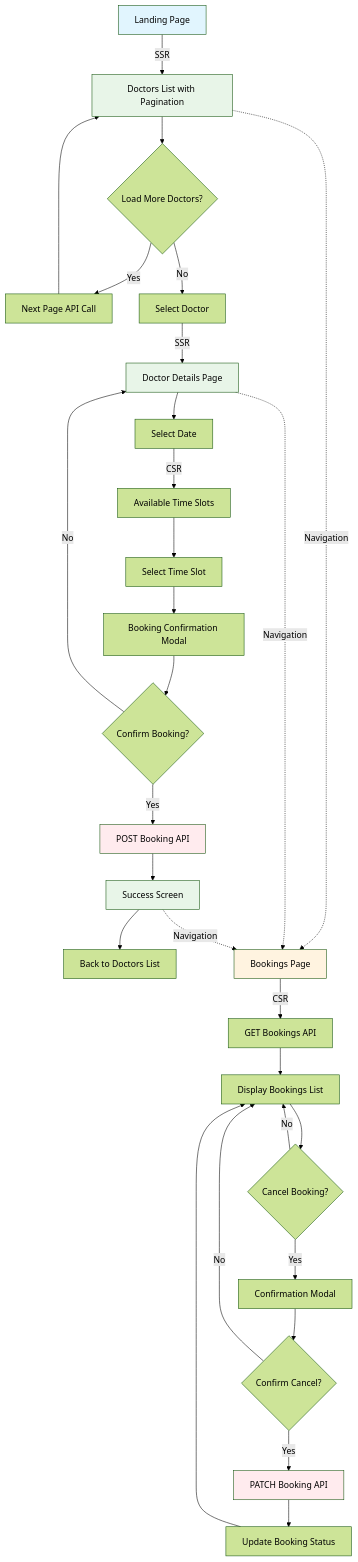
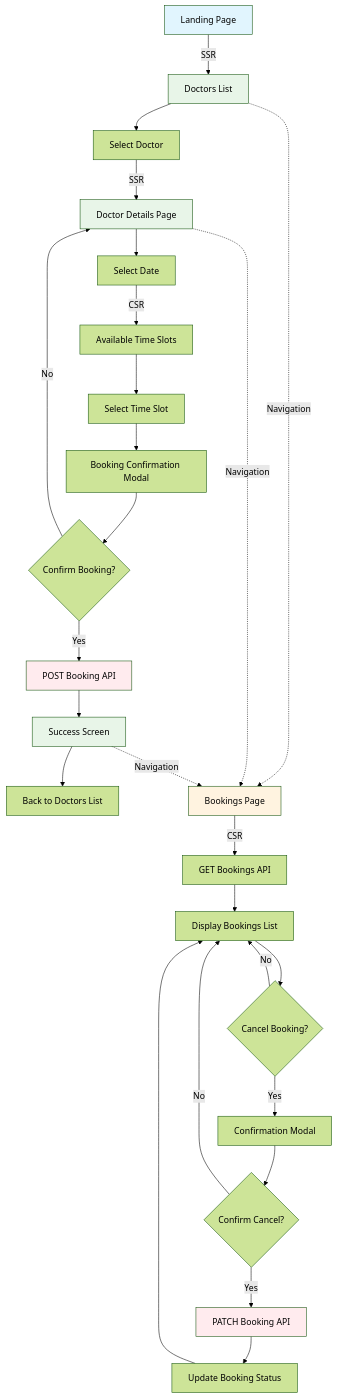
Before and after one commit to RinkeshGolwala/Rinkesh_Golwala_Senior_Frontend_Engineer_Technical_Assessment: the diagram in README.md, drawn with Mermaid (forest theme). The commit also changed other lines of this file, not shown here.

Commit message:
feat: update readme to include app url

````diff
--- a/README.md
+++ b/README.md
@@ -7,41 +9,38 @@
 ```mermaid
 graph TD
-    A[Landing Page] -->|SSR| B[Doctors List with Pagination]
-    B --> C{Load More Doctors?}
-    C -->|Yes| D[Next Page API Call]
-    D --> B
-    C -->|No| E[Select Doctor]
+    A[Landing Page] -->|SSR| B[Doctors List]
+    B --> E[Select Doctor]
     E -->|SSR| F[Doctor Details Page]
     F --> G[Select Date]
     G -->|CSR| H[Available Time Slots]
     H --> I[Select Time Slot]
     I --> J[Booking Confirmation Modal]
     J --> K{Confirm Booking?}
     K -->|Yes| L[POST Booking API]
     K -->|No| F
     L --> M[Success Screen]
     M --> N[Back to Doctors List]
-    
+
     O[Bookings Page] -->|CSR| P[GET Bookings API]
     P --> Q[Display Bookings List]
     Q --> R{Cancel Booking?}
     R -->|Yes| S[Confirmation Modal]
     R -->|No| Q
     S --> T{Confirm Cancel?}
     T -->|Yes| U[PATCH Booking API]
     T -->|No| Q
     U --> V[Update Booking Status]
     V --> Q
-    
+
     B -.->|Navigation| O
     F -.->|Navigation| O
     M -.->|Navigation| O
-    
+
     style A fill:#e1f5fe
     style B fill:#e8f5e8
     style F fill:#e8f5e8
     style O fill:#fff3e0
     style M fill:#e8f5e8
     style L fill:#ffebee
     style U fill:#ffebee
 ```
````
